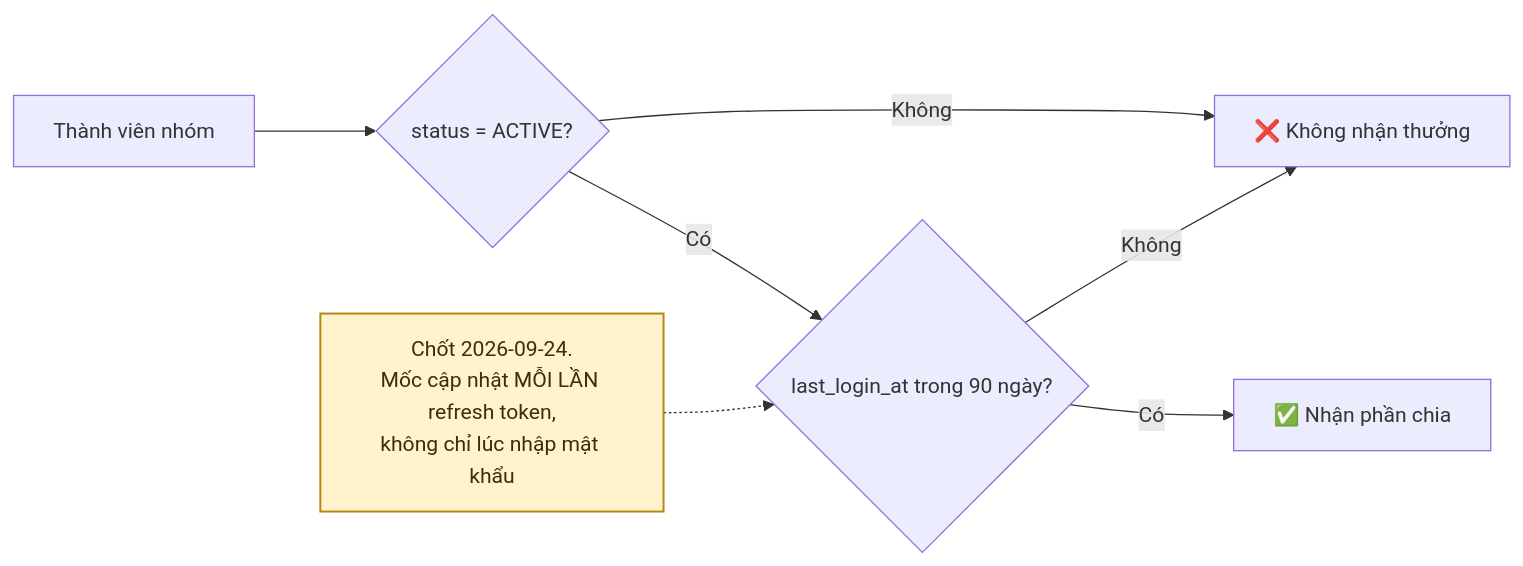
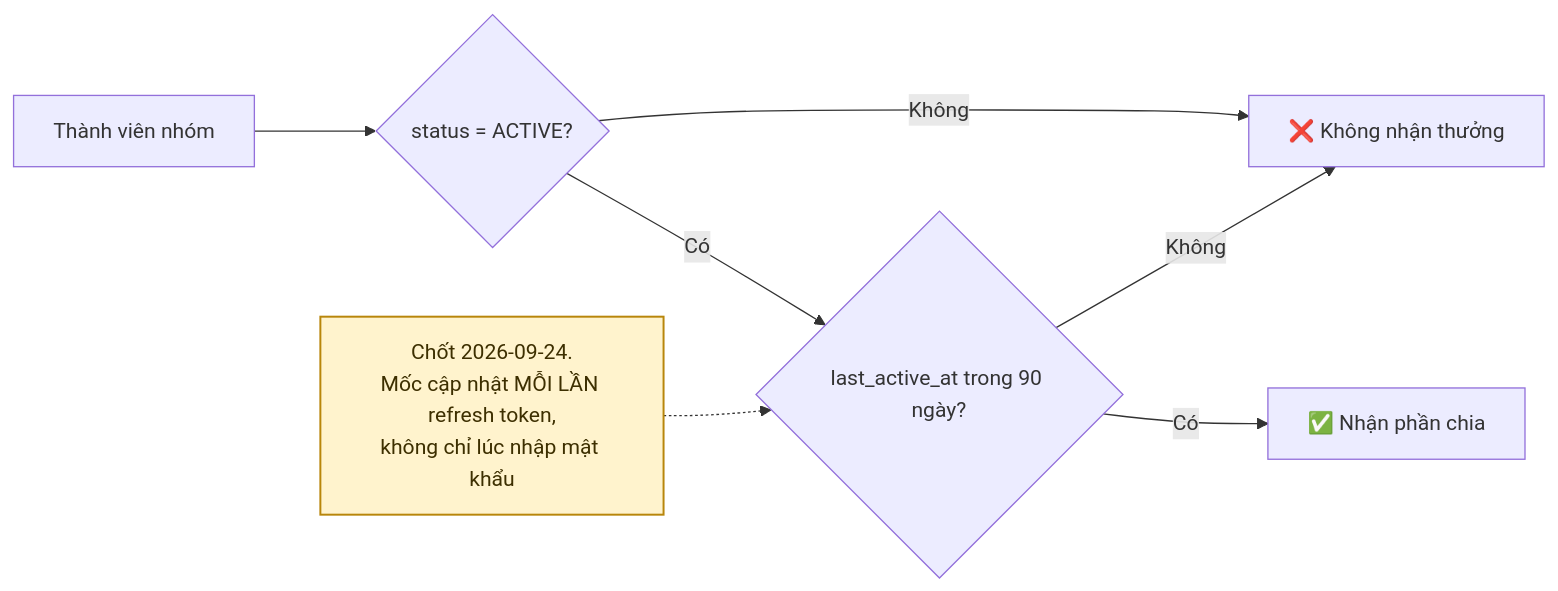
One commit to fdshn/trueheart changed the fourth of 5 diagrams in docs/diagram/19-affiliate.md. Above: the diagram before and after it, drawn with Mermaid. The commit also changed other lines of this file and 6 other files, not shown here.

````diff
--- a/docs/diagram/19-affiliate.md
+++ b/docs/diagram/19-affiliate.md
@@ -78,12 +91,12 @@
 ```mermaid
 flowchart LR
     A[Thành viên nhóm] --> B{status = ACTIVE?}
     B -->|Không| C[❌ Không nhận thưởng]
-    B -->|Có| D{"last_login_at trong 90 ngày?"}
+    B -->|Có| D{"last_active_at trong 90 ngày?"}
     D -->|Không| C
     D -->|Có| E[✅ Nhận phần chia]
 
     F["Chốt 2026-09-24.<br/>Mốc cập nhật MỖI LẦN refresh token,<br/>không chỉ lúc nhập mật khẩu"] -.-> D
 
     style F fill:#fff3cd,stroke:#b8860b,stroke-width:1.5px,color:#3d2f00
 ```
````
